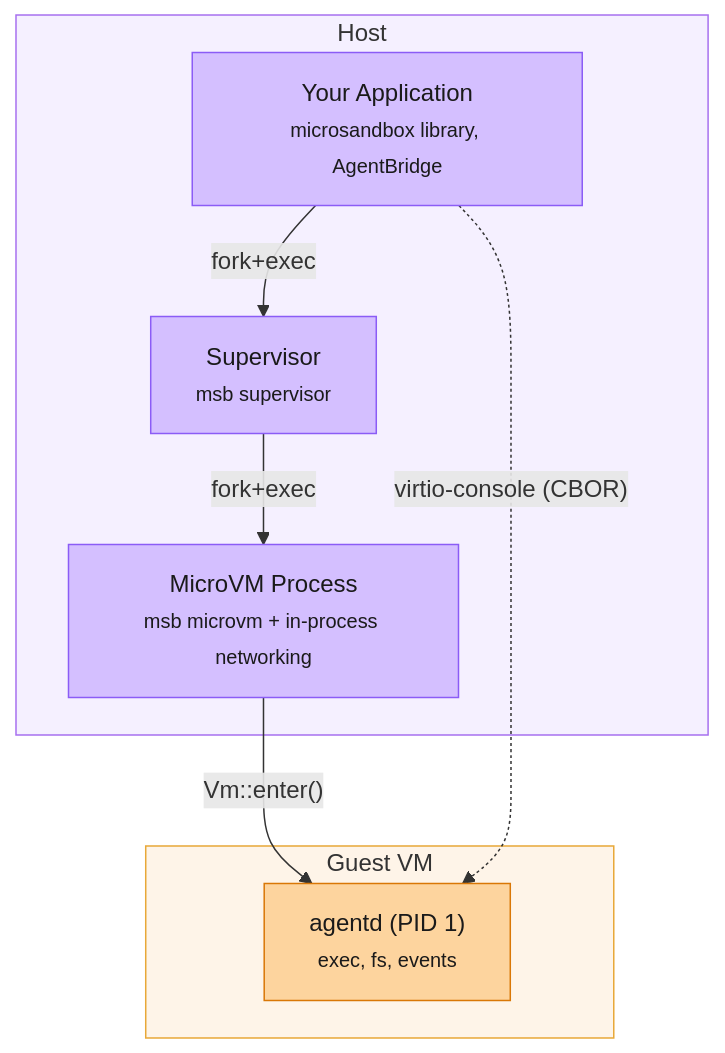
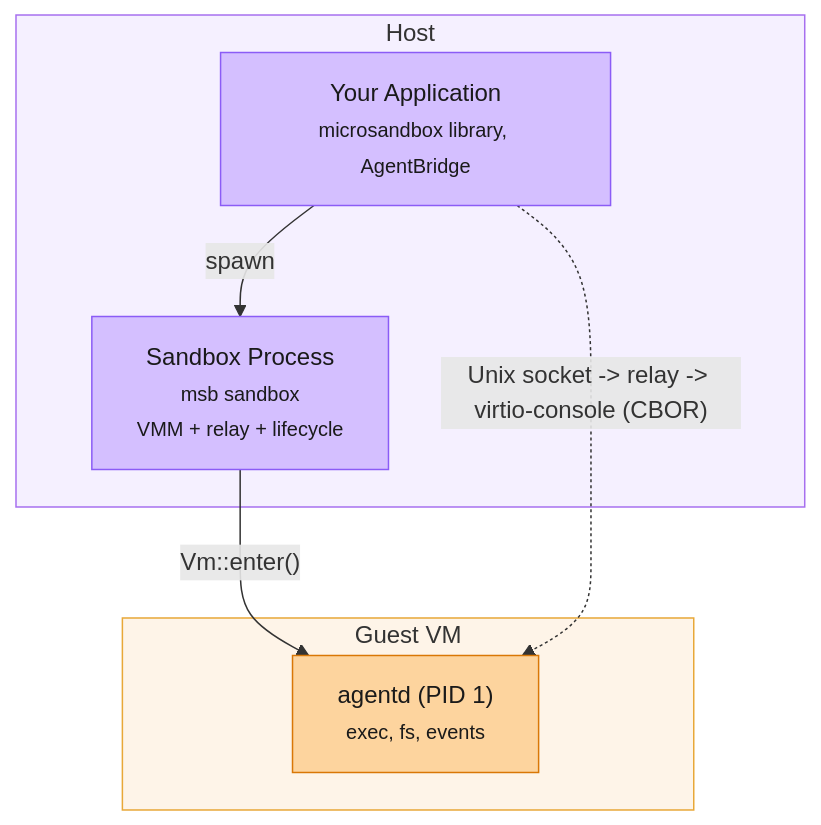
The second of 2 diagrams in docs/sandboxes/lifecycle.mdx (superradcompany/microsandbox), drawn with Mermaid before and after one commit. The commit also changed other lines of this file and 58 other files, not shown here.

````diff
--- a/docs/sandboxes/lifecycle.mdx
+++ b/docs/sandboxes/lifecycle.mdx
@@ -210,24 +210,21 @@
 ```mermaid
 graph TD
     subgraph Host["Host"]
         A["Your Application<br/><small>microsandbox library, AgentBridge</small>"]
-        B["Supervisor<br/><small>msb supervisor</small>"]
-        D["MicroVM Process<br/><small>msb microvm + in-process networking</small>"]
+        B["Sandbox Process<br/><small>msb sandbox<br/>VMM + relay + lifecycle</small>"]
     end
 
     subgraph Guest["Guest VM"]
         F["agentd (PID 1)<br/><small>exec, fs, events</small>"]
     end
 
-    A -- "fork+exec" --> B
-    B -- "fork+exec" --> D
-    D -- "Vm::enter()" --> F
-    A -. "virtio-console (CBOR)" .-> F
+    A -- "spawn" --> B
+    B -- "Vm::enter()" --> F
+    A -. "Unix socket -> relay -> virtio-console (CBOR)" .-> F
 
     style Host fill:#f5f0ff,stroke:#a770ef,color:#333
     style Guest fill:#fef4e8,stroke:#e8a838,color:#333
     style A fill:#d4bfff,stroke:#8b5cf6,color:#1a1a1a
     style B fill:#d4bfff,stroke:#8b5cf6,color:#1a1a1a
-    style D fill:#d4bfff,stroke:#8b5cf6,color:#1a1a1a
     style F fill:#fdd49e,stroke:#d97706,color:#1a1a1a
 ```
````
